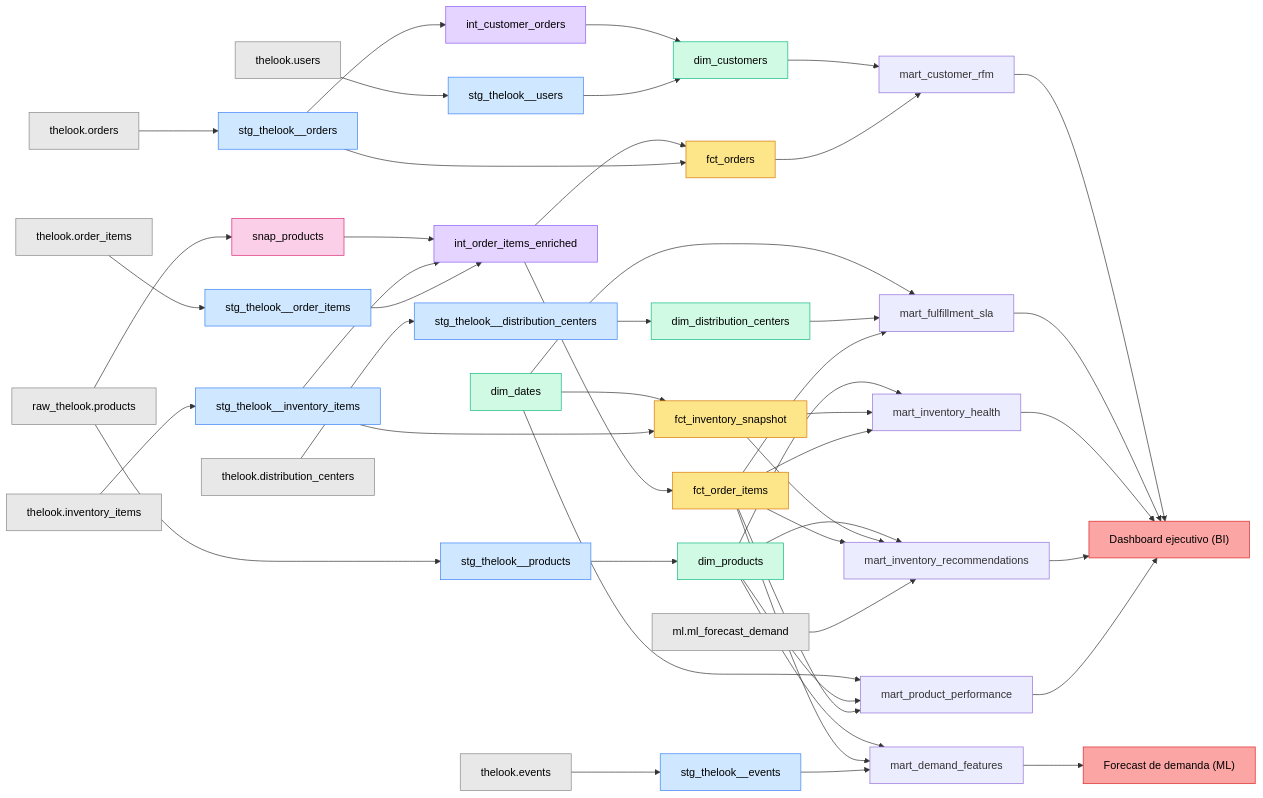
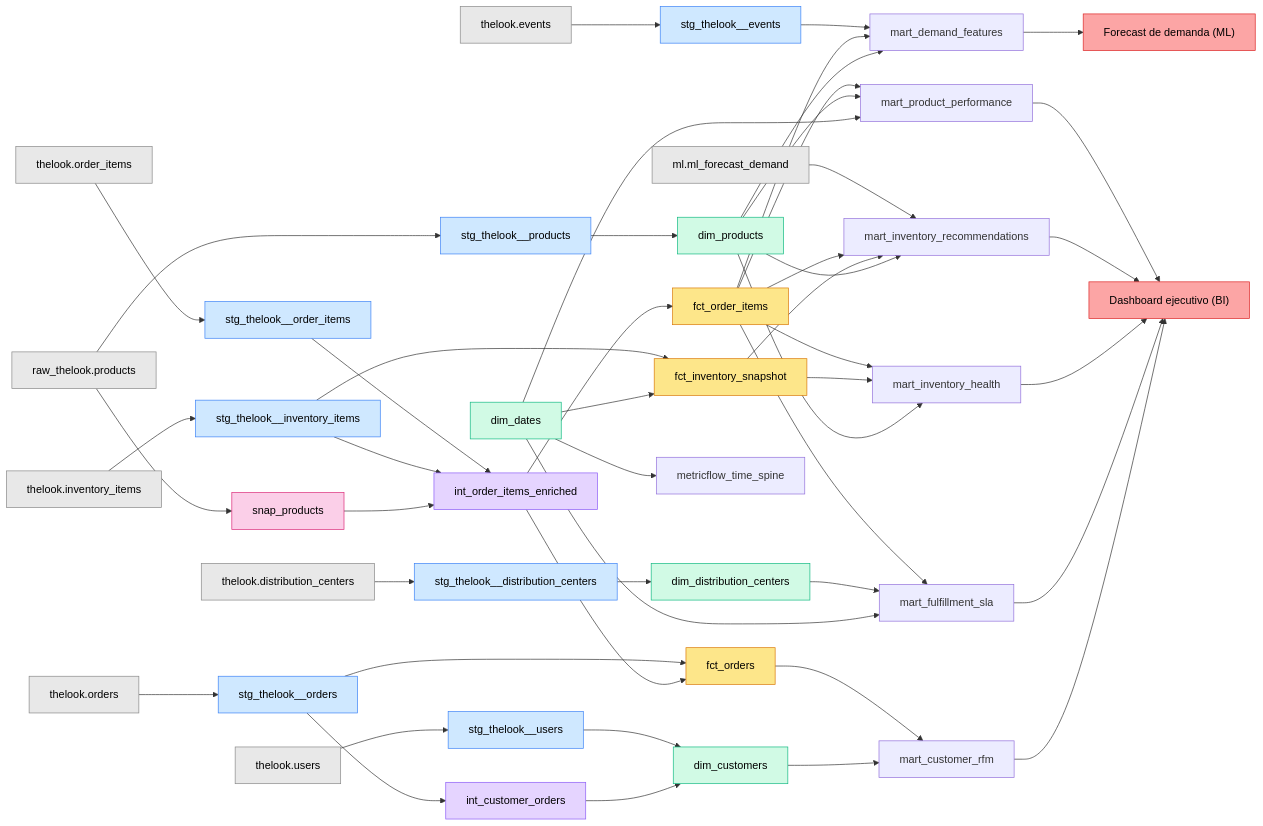
Before and after one commit to alexxcode/aleph: the diagram in docs/lineage.md, drawn with Mermaid. The commit also changed 4 other files, not shown here.

```diff
--- a/docs/lineage.md
+++ b/docs/lineage.md
@@ -21,6 +21,7 @@
     mart_inventory_health["mart_inventory_health"]:::model
     mart_inventory_recommendations["mart_inventory_recommendations"]:::model
     mart_product_performance["mart_product_performance"]:::model
+    metricflow_time_spine["metricflow_time_spine"]:::model
     snap_products["snap_products"]:::snap
     src_distribution_centers["thelook.distribution_centers"]:::source
     src_events["thelook.events"]:::source
@@ -42,6 +43,7 @@
     dim_dates --> fct_inventory_snapshot
     dim_dates --> mart_fulfillment_sla
     dim_dates --> mart_product_performance
+    dim_dates --> metricflow_time_spine
     dim_distribution_centers --> mart_fulfillment_sla
     dim_products --> mart_demand_features
     dim_products --> mart_inventory_health
```
